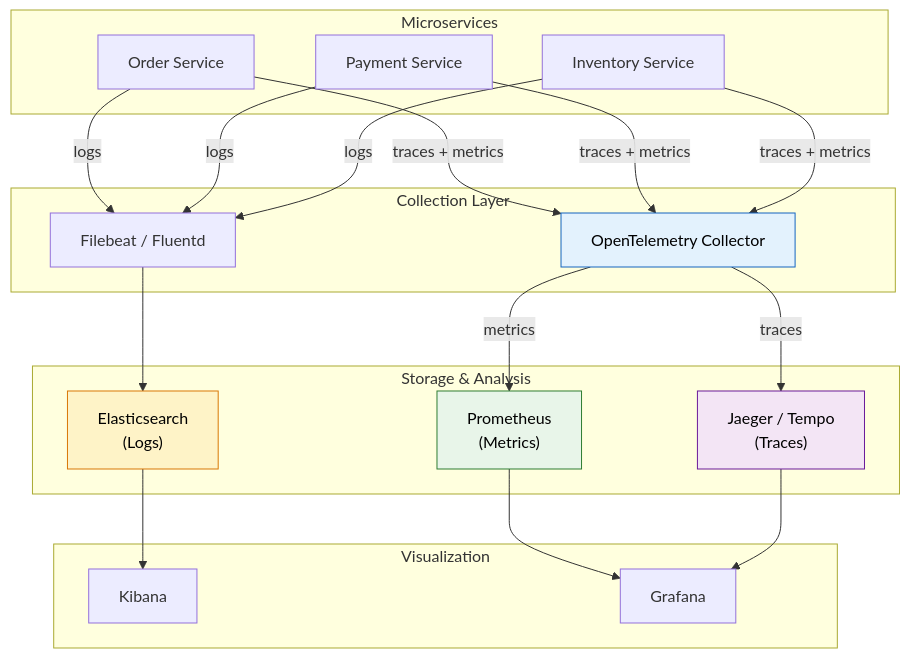
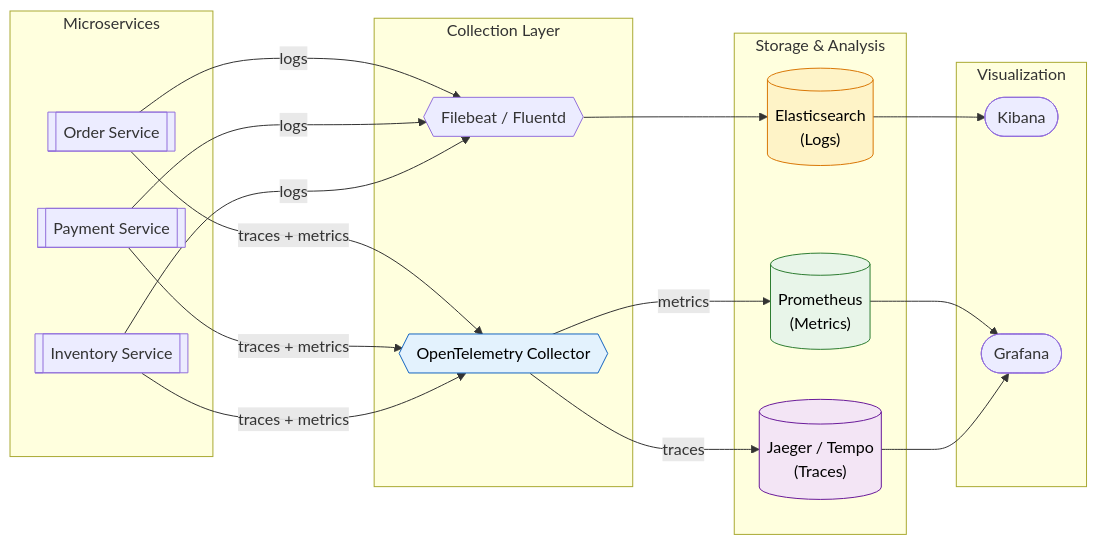
Before and after one commit to saivamsikaruturi/vamsilabs-dev-notes-main: the second of 7 diagrams in docs/microservices/logging-monitoring.md, drawn with Mermaid. The commit also changed other lines of this file and 146 other files, not shown here.

Commit message:
Horizontal diagrams, UML class diagrams, typography overhaul, and permalink cleanup

````diff
--- a/docs/microservices/logging-monitoring.md
+++ b/docs/microservices/logging-monitoring.md
@@ -27,44 +27,44 @@
 ```mermaid
-flowchart TD
+flowchart LR
     subgraph Services["Microservices"]
-        S1["Order Service"]
-        S2["Payment Service"]
-        S3["Inventory Service"]
+        S1[["Order Service"]]
+        S2[["Payment Service"]]
+        S3[["Inventory Service"]]
     end
 
     subgraph Collection["Collection Layer"]
-        OTC["OpenTelemetry Collector"]
-        FB["Filebeat / Fluentd"]
+        OTC{{"OpenTelemetry Collector"}}
+        FB{{"Filebeat / Fluentd"}}
     end
 
     subgraph Storage["Storage & Analysis"]
-        ES["Elasticsearch<br/>(Logs)"]
-        PR["Prometheus<br/>(Metrics)"]
-        JG["Jaeger / Tempo<br/>(Traces)"]
+        ES[("Elasticsearch<br/>(Logs)")]
+        PR[("Prometheus<br/>(Metrics)")]
+        JG[("Jaeger / Tempo<br/>(Traces)")]
     end
 
     subgraph Visualization["Visualization"]
-        KB["Kibana"]
-        GR["Grafana"]
+        KB(["Kibana"])
+        GR(["Grafana"])
     end
 
     S1 -->|"logs"| FB
     S2 -->|"logs"| FB
     S3 -->|"logs"| FB
     S1 -->|"traces + metrics"| OTC
     S2 -->|"traces + metrics"| OTC
     S3 -->|"traces + metrics"| OTC
 
     FB --> ES
     OTC -->|"metrics"| PR
     OTC -->|"traces"| JG
 
     ES --> KB
     PR --> GR
     JG --> GR
 
     style OTC fill:#E3F2FD,stroke:#1565C0,color:#000
     style ES fill:#FEF3C7,stroke:#D97706,color:#000
     style PR fill:#E8F5E9,stroke:#2E7D32,color:#000
     style JG fill:#F3E5F5,stroke:#6A1B9A,color:#000
 ```
````
